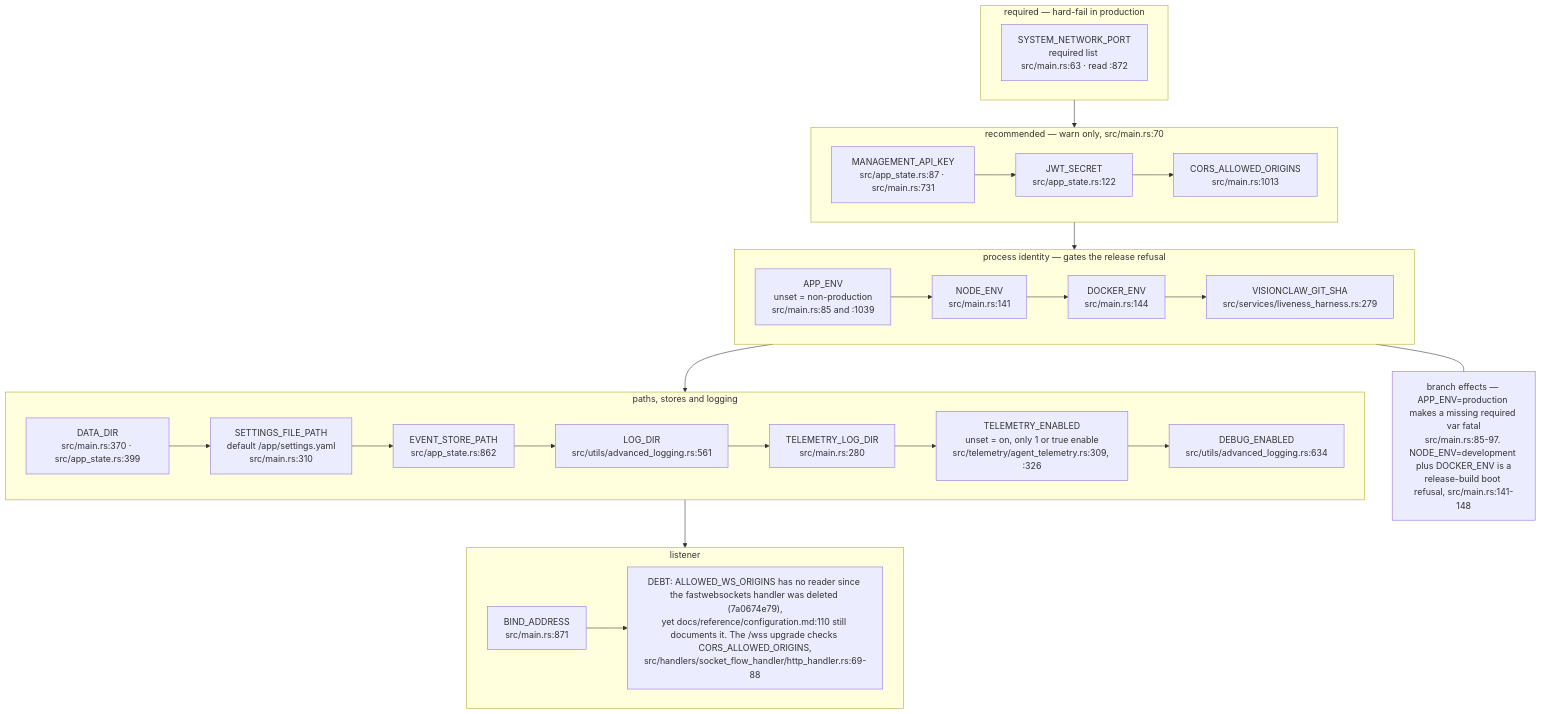
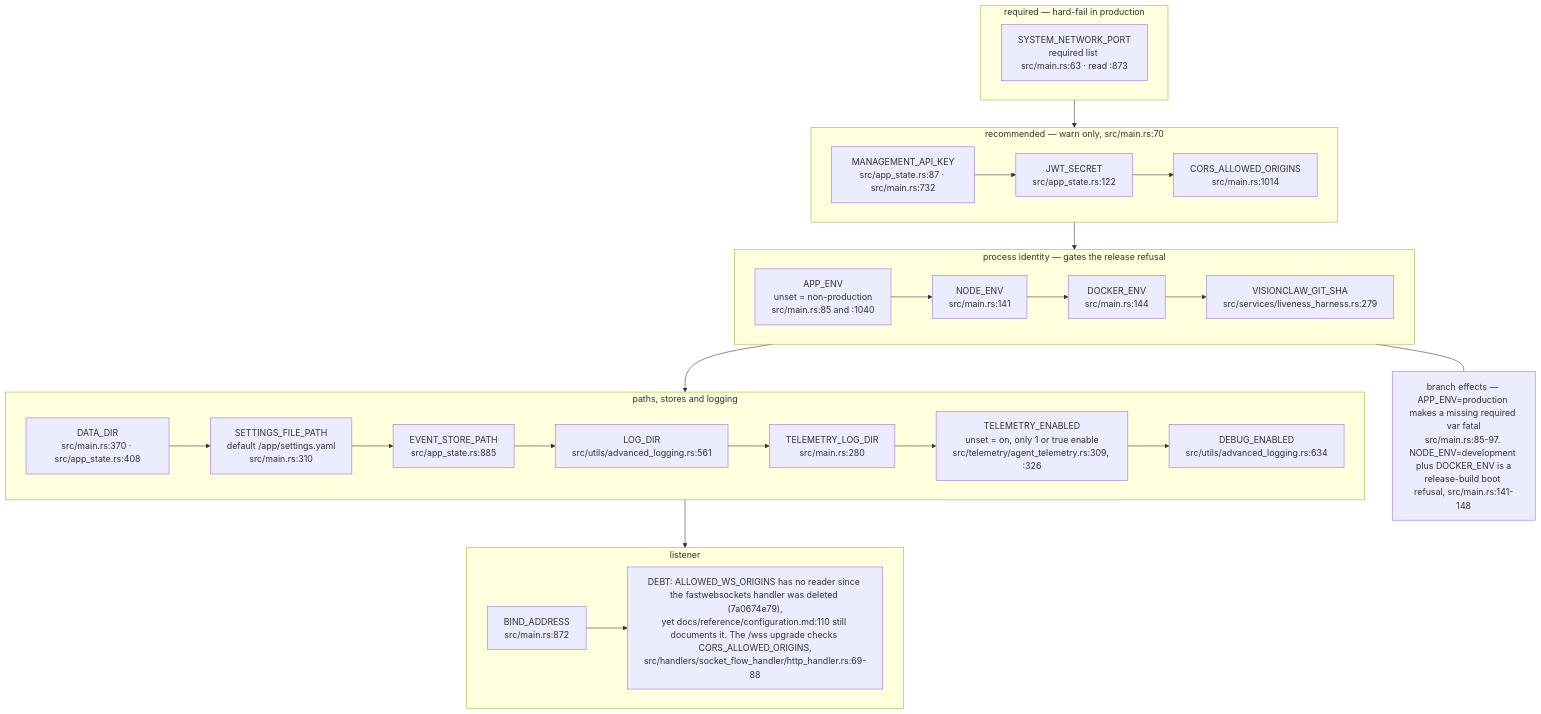
The eighth of 16 diagrams in docs/diagrams/visionclaw/09-config-and-env-flags.md (DreamLab-AI/VisionFlow), drawn with Mermaid before and after one commit. The commit also changed other lines of this file and 49 other files, not shown here.

First line of the commit message:
docs(diagrams): re-derive and re-stamp VisionClaw, estate, knowledge-graph, visionGraph, VisionFlow and sidestr topics

````diff
--- a/docs/diagrams/visionclaw/09-config-and-env-flags.md
+++ b/docs/diagrams/visionclaw/09-config-and-env-flags.md
@@ -403,21 +403,21 @@
 ```mermaid
 flowchart TB
     subgraph REQ["required — hard-fail in production"]
-        E1["SYSTEM_NETWORK_PORT<br/>required list src/main.rs:63 · read :872"]
+        E1["SYSTEM_NETWORK_PORT<br/>required list src/main.rs:63 · read :873"]
     end
     subgraph RECO["recommended — warn only, src/main.rs:70"]
-        E2["MANAGEMENT_API_KEY<br/>src/app_state.rs:87 · src/main.rs:731"] --> E3["JWT_SECRET<br/>src/app_state.rs:122"] --> E4["CORS_ALLOWED_ORIGINS<br/>src/main.rs:1013"]
+        E2["MANAGEMENT_API_KEY<br/>src/app_state.rs:87 · src/main.rs:732"] --> E3["JWT_SECRET<br/>src/app_state.rs:122"] --> E4["CORS_ALLOWED_ORIGINS<br/>src/main.rs:1014"]
     end
     subgraph IDENT["process identity — gates the release refusal"]
-        E5["APP_ENV<br/>unset = non-production<br/>src/main.rs:85 and :1039"] --> E6["NODE_ENV<br/>src/main.rs:141"] --> E7["DOCKER_ENV<br/>src/main.rs:144"] --> E8["VISIONCLAW_GIT_SHA<br/>src/services/liveness_harness.rs:279"]
+        E5["APP_ENV<br/>unset = non-production<br/>src/main.rs:85 and :1040"] --> E6["NODE_ENV<br/>src/main.rs:141"] --> E7["DOCKER_ENV<br/>src/main.rs:144"] --> E8["VISIONCLAW_GIT_SHA<br/>src/services/liveness_harness.rs:279"]
     end
     subgraph PATHS["paths, stores and logging"]
-        E9["DATA_DIR<br/>src/main.rs:370 · src/app_state.rs:399"] --> E10["SETTINGS_FILE_PATH<br/>default /app/settings.yaml<br/>src/main.rs:310"] --> E11["EVENT_STORE_PATH<br/>src/app_state.rs:862"] --> E12["LOG_DIR<br/>src/utils/advanced_logging.rs:561"] --> E13["TELEMETRY_LOG_DIR<br/>src/main.rs:280"] --> E13b["TELEMETRY_ENABLED<br/>unset = on, only 1 or true enable<br/>src/telemetry/agent_telemetry.rs:309, :326"] --> E14["DEBUG_ENABLED<br/>src/utils/advanced_logging.rs:634"]
+        E9["DATA_DIR<br/>src/main.rs:370 · src/app_state.rs:408"] --> E10["SETTINGS_FILE_PATH<br/>default /app/settings.yaml<br/>src/main.rs:310"] --> E11["EVENT_STORE_PATH<br/>src/app_state.rs:885"] --> E12["LOG_DIR<br/>src/utils/advanced_logging.rs:561"] --> E13["TELEMETRY_LOG_DIR<br/>src/main.rs:280"] --> E13b["TELEMETRY_ENABLED<br/>unset = on, only 1 or true enable<br/>src/telemetry/agent_telemetry.rs:309, :326"] --> E14["DEBUG_ENABLED<br/>src/utils/advanced_logging.rs:634"]
     end
     subgraph BIND["listener"]
-        E15["BIND_ADDRESS<br/>src/main.rs:871"] --> E16["DEBT: ALLOWED_WS_ORIGINS has no reader since the fastwebsockets handler was deleted (7a0674e79),<br/>yet docs/reference/configuration.md:110 still documents it. The /wss upgrade checks CORS_ALLOWED_ORIGINS,<br/>src/handlers/socket_flow_handler/http_handler.rs:69-88"]
+        E15["BIND_ADDRESS<br/>src/main.rs:872"] --> E16["DEBT: ALLOWED_WS_ORIGINS has no reader since the fastwebsockets handler was deleted (7a0674e79),<br/>yet docs/reference/configuration.md:110 still documents it. The /wss upgrade checks CORS_ALLOWED_ORIGINS,<br/>src/handlers/socket_flow_handler/http_handler.rs:69-88"]
     end
     REQ --> RECO --> IDENT --> PATHS --> BIND
     N["branch effects — APP_ENV=production makes a missing required var fatal<br/>src/main.rs:85-97. NODE_ENV=development plus DOCKER_ENV is a<br/>release-build boot refusal, src/main.rs:141-148"]
     IDENT --- N
 ```
````
